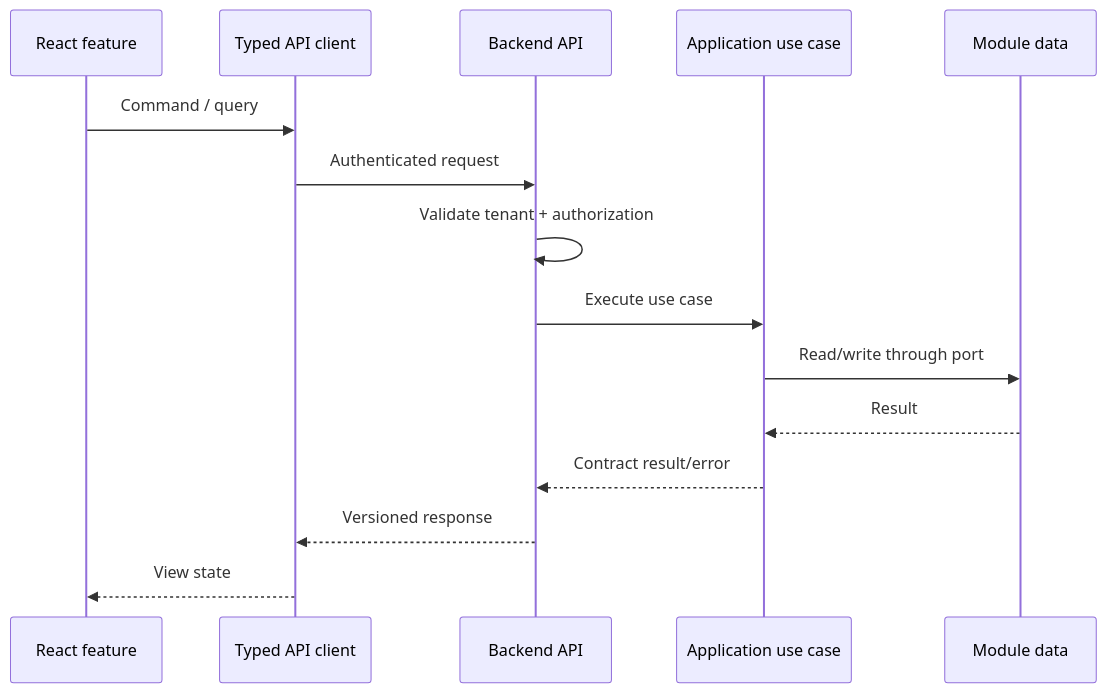
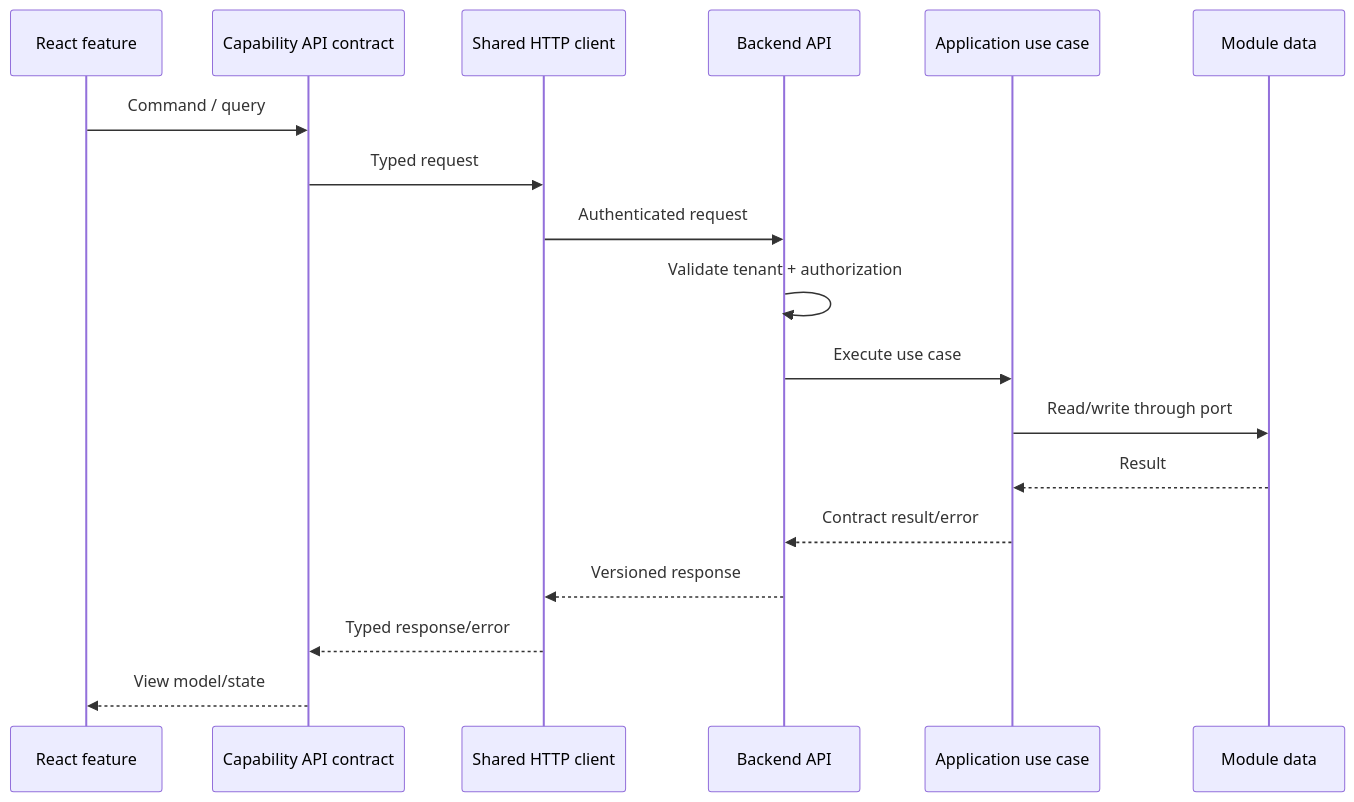
Before and after one commit to migangdelzar/emme-web: the first of 2 diagrams in docs/architecture/03-integration/frontend-backend.md, drawn with Mermaid. The commit also changed other lines of this file and 21 other files, not shown here.

Commit message:
refactor(api): use capability contracts in feature hooks

````diff
--- a/docs/architecture/03-integration/frontend-backend.md
+++ b/docs/architecture/03-integration/frontend-backend.md
@@ -23,18 +25,21 @@
 ```mermaid
 sequenceDiagram
     participant UI as React feature
-    participant CLIENT as Typed API client
+    participant FEATURE_API as Capability API contract
+    participant CLIENT as Shared HTTP client
     participant API as Backend API
     participant APP as Application use case
     participant DB as Module data
 
-    UI->>CLIENT: Command / query
+    UI->>FEATURE_API: Command / query
+    FEATURE_API->>CLIENT: Typed request
     CLIENT->>API: Authenticated request
     API->>API: Validate tenant + authorization
     API->>APP: Execute use case
     APP->>DB: Read/write through port
     DB-->>APP: Result
     APP-->>API: Contract result/error
     API-->>CLIENT: Versioned response
-    CLIENT-->>UI: View state
+    CLIENT-->>FEATURE_API: Typed response/error
+    FEATURE_API-->>UI: View model/state
 ```
````
